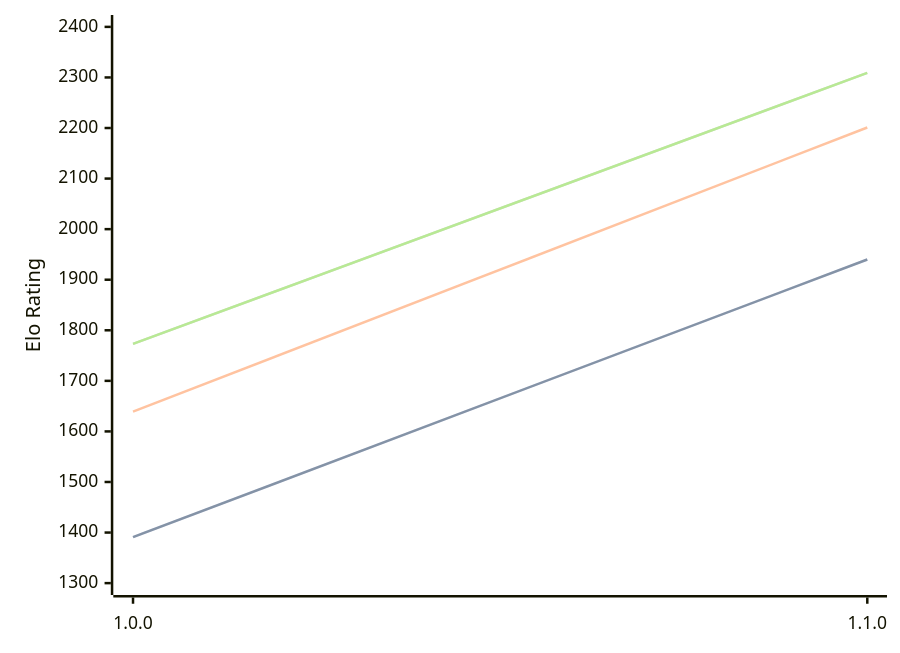
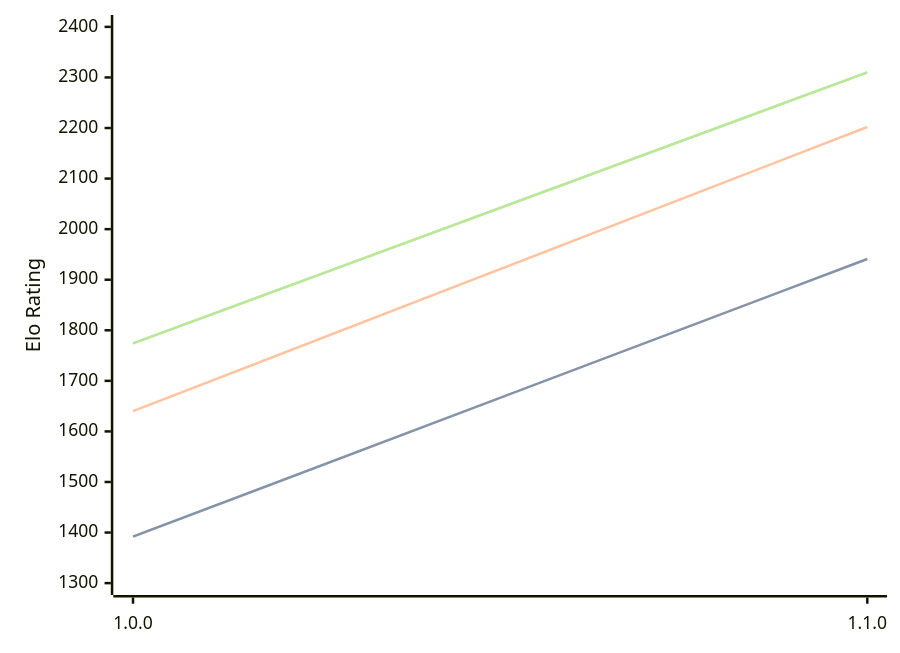
One commit to computer-chess-index/cci changed the diagram in engines/Akerbeltz.md. Above: the diagram before and after it, drawn with Mermaid. The commit also changed other lines of this file, not shown here.

Commit message:
Update CCI Ratings (ELO VLTC) - 2026-10-09

````diff
--- a/engines/Akerbeltz.md
+++ b/engines/Akerbeltz.md
@@ -32,11 +32,11 @@
 ```mermaid
 %%{init: {"theme":"base","themeVariables":{"seriesColors:['#a3a3a3','#222221','#faa371']}}}%%
 xychart-beta
   x-axis ["1.0.0", "1.1.0"]
   y-axis "Elo Rating" 1300 --> 2400
-  line "" [1391, 1940]
-  line "STC (8.0+0.08s)" [1391, 1940]
-  line "LTC (60.0+0.60s)" [1639, 2201]
-  line "" [1773, 2309]
-  line "VLTC (2m24s+1.12s)" [1773, 2309]
+  line "" [1392, 1941]
+  line "STC (8.0+0.08s)" [1392, 1941]
+  line "LTC (60.0+0.60s)" [1640, 2202]
+  line "" [1774, 2310]
+  line "VLTC (2m24s+1.12s)" [1774, 2310]
 ```
````
